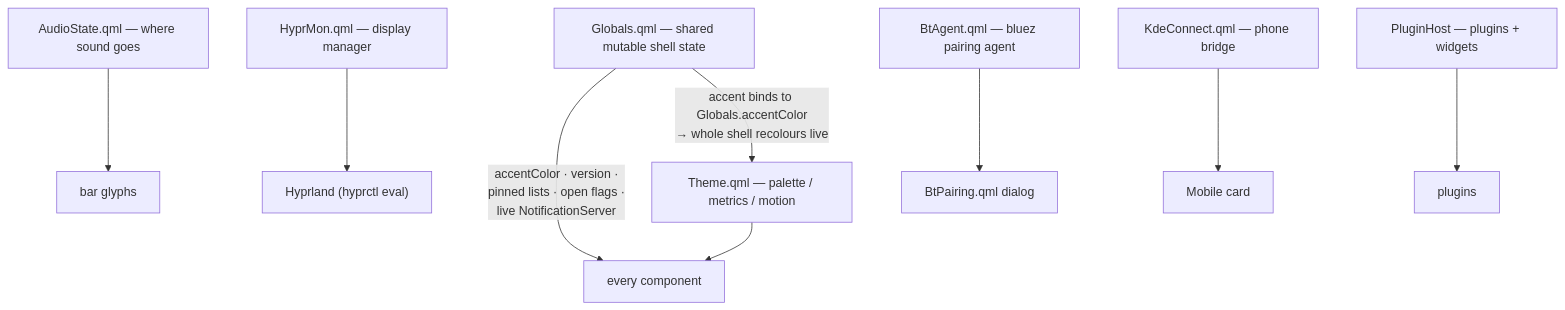
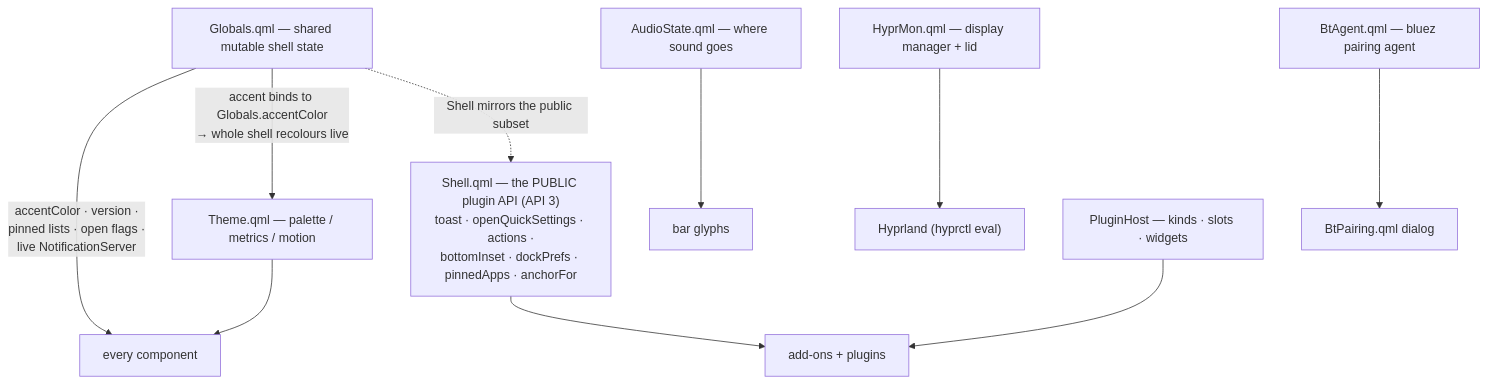
The diagram in 02-Architecture/Shell Singletons.md (prj786/ewe-map), drawn with Mermaid before and after one commit. The commit also changed other lines of this file and 12 other files, not shown here.

Commit message:
components/architecture/workflows: the 0.25 carve-out — add-ons, Shell singleton, Komble catalogue, ewe-settings add-on awareness, correct system-side install command

````diff
--- a/02-Architecture/Shell Singletons.md
+++ b/02-Architecture/Shell Singletons.md
@@ -17,12 +21,13 @@
 ```mermaid
 flowchart TB
     G["Globals.qml — shared mutable shell state"] --> |"accentColor · version ·<br/>pinned lists · open flags ·<br/>live NotificationServer"| ALL["every component"]
     T["Theme.qml — palette / metrics / motion"] --> ALL
     G -->|"accent binds to Globals.accentColor<br/>→ whole shell recolours live"| T
+    SH["Shell.qml — the PUBLIC plugin API (API 3)<br/>toast · openQuickSettings · actions ·<br/>bottomInset · dockPrefs · pinnedApps · anchorFor"] --> PLUG["add-ons + plugins"]
+    G -.->|"Shell mirrors the public subset"| SH
 
     AUDIO["AudioState.qml — where sound goes"] --> BAR["bar glyphs"]
-    MON["HyprMon.qml — display manager"] --> HYPR["Hyprland (hyprctl eval)"]
+    MON["HyprMon.qml — display manager + lid"] --> HYPR["Hyprland (hyprctl eval)"]
     BT["BtAgent.qml — bluez pairing agent"] --> PAIR["BtPairing.qml dialog"]
-    KC["KdeConnect.qml — phone bridge"] --> MOBILE["Mobile card"]
-    HOST["PluginHost — plugins + widgets"] --> PLUG["plugins"]
+    HOST["PluginHost — kinds · slots · widgets"] --> PLUG
 ```
````
